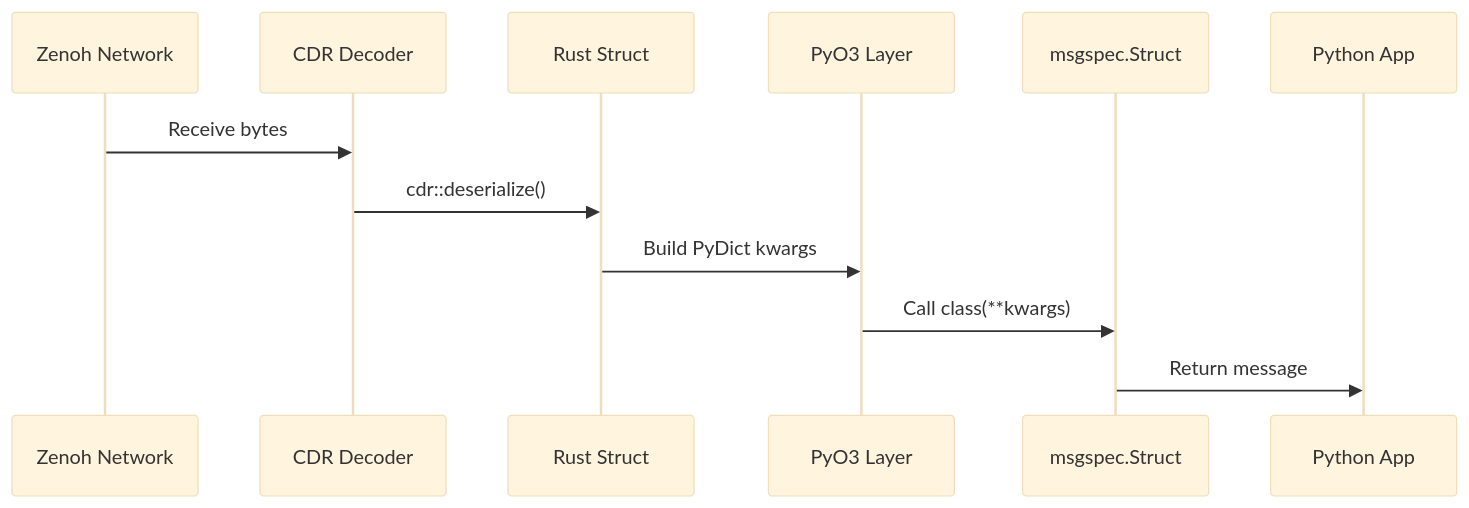
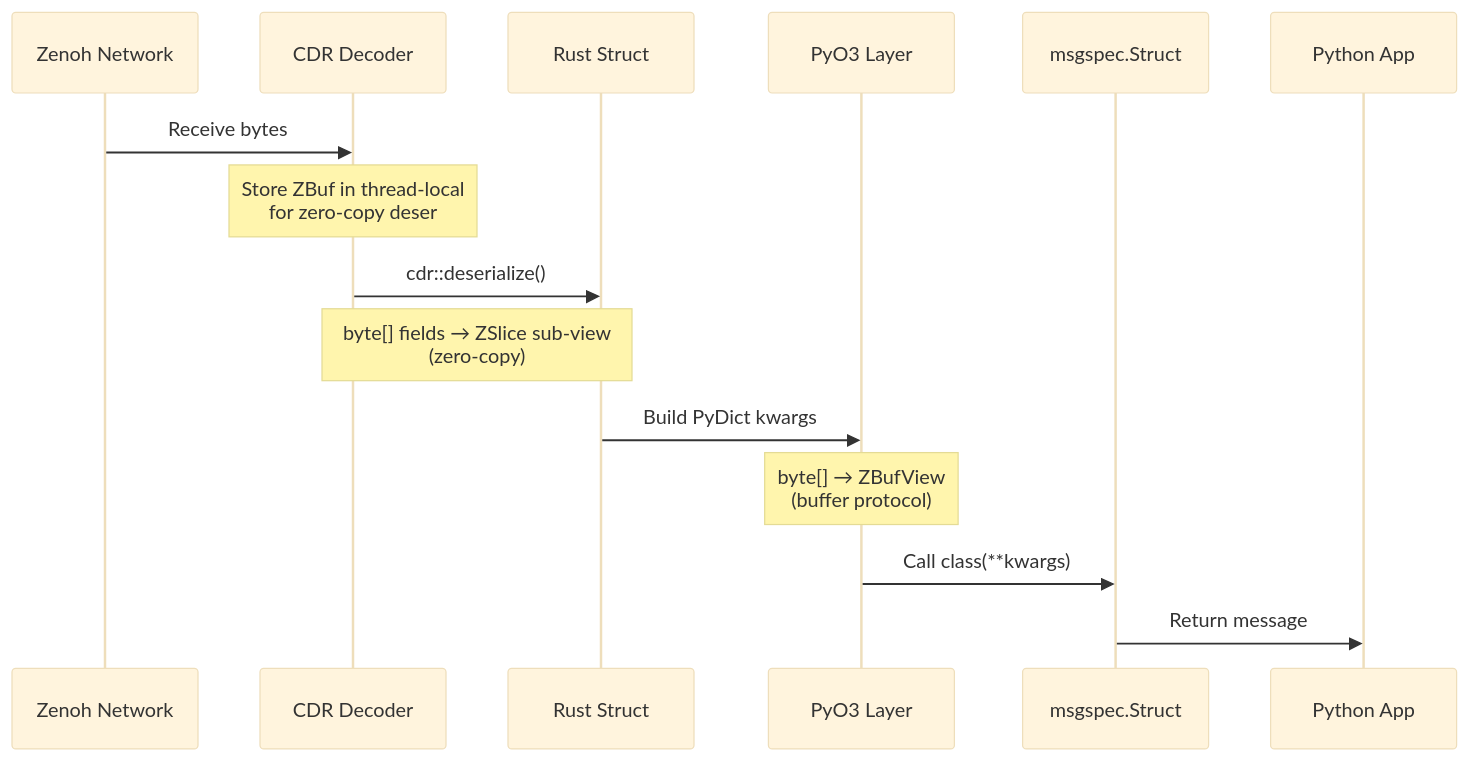
Before and after one commit to ZettaScaleLabs/ros-z: the third of 4 diagrams in book/src/chapters/python_codegen.md, drawn with Mermaid (base theme). The commit also changed other lines of this file and 12 other files, not shown here.

Commit message:
feat: zero-copy large payload optimization for Python bindings (#98)

````diff
--- a/book/src/chapters/python_codegen.md
+++ b/book/src/chapters/python_codegen.md
@@ -182,15 +218,18 @@
 ```mermaid
 sequenceDiagram
     participant Net as Zenoh Network
     participant CDR as CDR Decoder
     participant Rust as Rust Struct
     participant PyO3 as PyO3 Layer
     participant Msg as msgspec.Struct
     participant App as Python App
 
     Net->>CDR: Receive bytes
+    Note over CDR: Store ZBuf in thread-local<br/>for zero-copy deser
     CDR->>Rust: cdr::deserialize()
+    Note over CDR,Rust: byte[] fields → ZSlice sub-view<br/>(zero-copy)
     Rust->>PyO3: Build PyDict kwargs
+    Note over PyO3: byte[] → ZBufView<br/>(buffer protocol)
     PyO3->>Msg: Call class(**kwargs)
     Msg->>App: Return message
 ```
````
